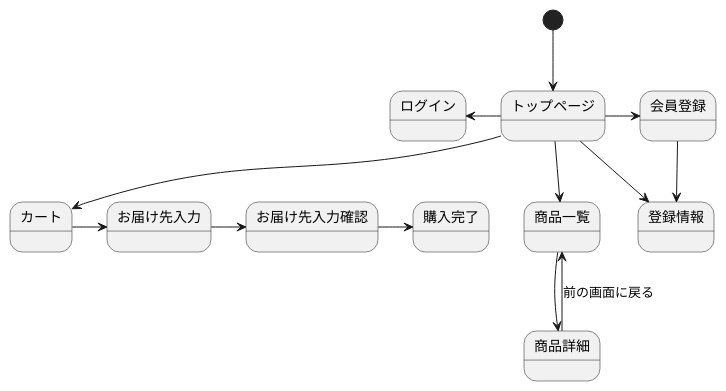
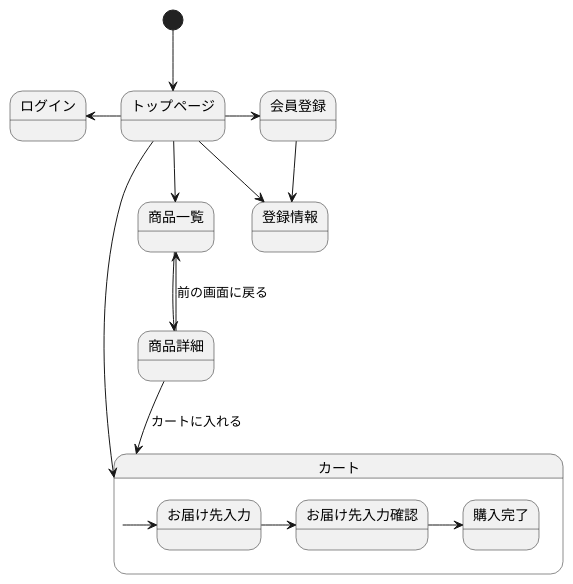
One commit to aso2001190/sys2021-design changed the diagram in stm01.md. Above: the diagram before and after it, drawn with PlantUML.

````diff
--- a/stm01.md
+++ b/stm01.md
@@ -1,20 +1,23 @@
 ```uml
 @startuml
 [*] --> トップページ
 トップページ -> 会員登録
 トップページ -left-> ログイン
 トップページ --> カート
 トップページ --> 登録情報
 トップページ --> 商品一覧
 商品一覧 --> 商品詳細
 商品詳細 --> 商品一覧 : 前の画面に戻る
+商品詳細 --> カート : カートに入れる
 
 
 会員登録 --> 登録情報
+
+state カート {
 カート -> お届け先入力
 お届け先入力 -> お届け先入力確認
 お届け先入力確認 -> 購入完了
-
+}
 
 @enduml
 ```
````
